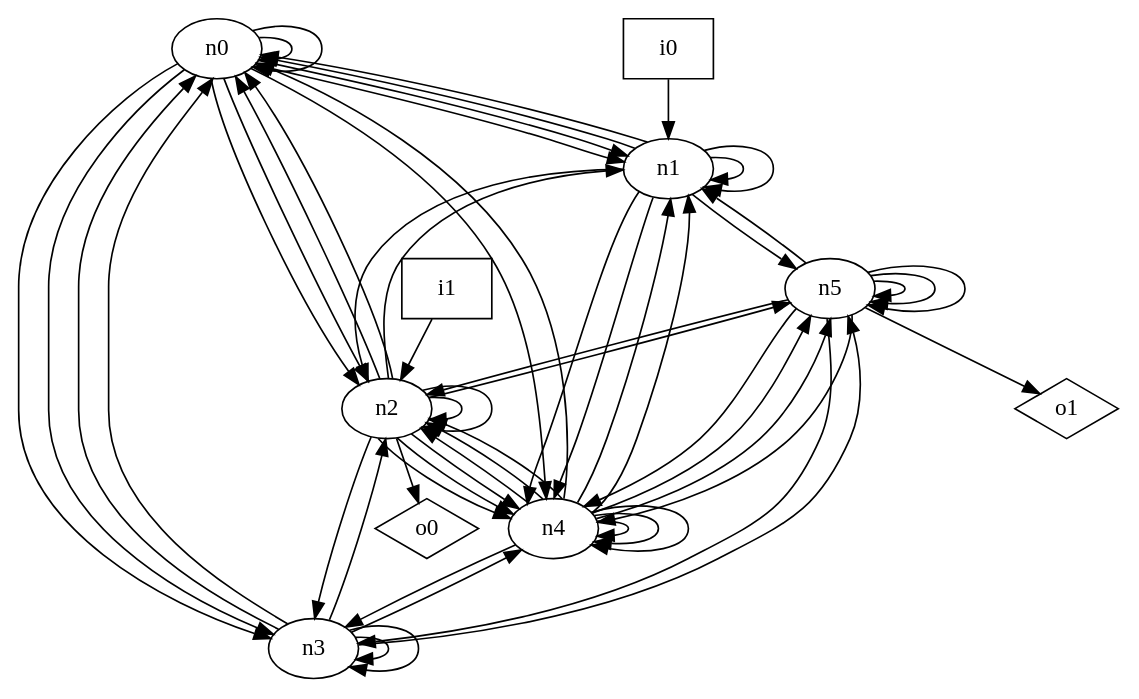
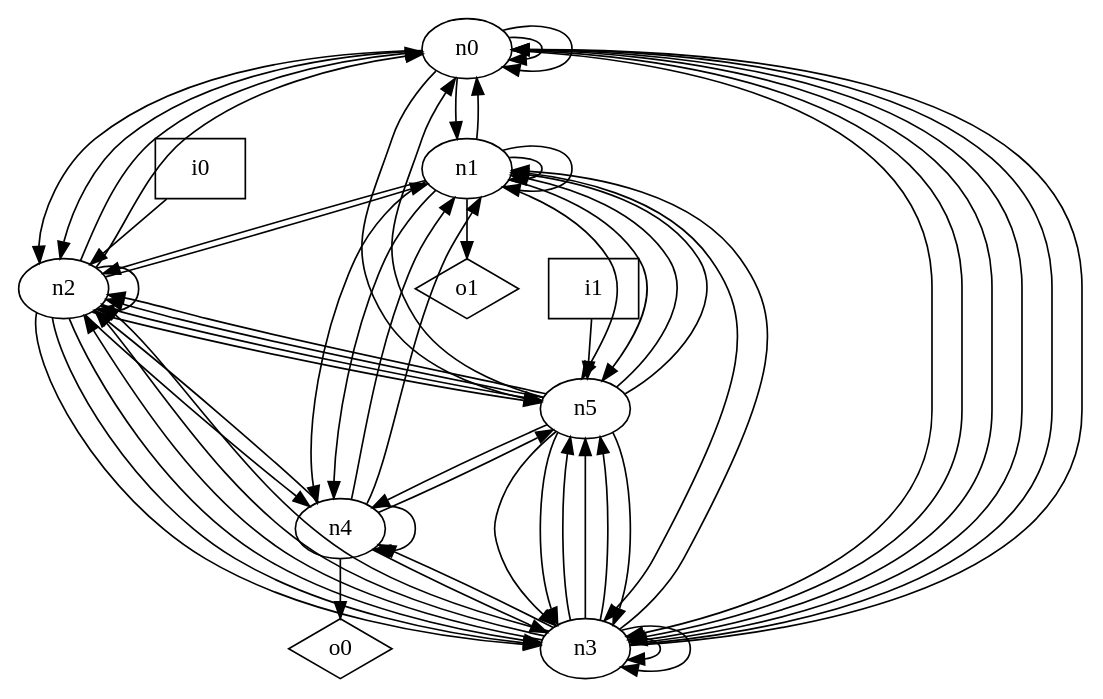
One commit to p9romain/bool-circuits changed the diagram in dot_files/random/random_undirected_graph.dot. Above: the diagram before and after it, drawn with Graphviz. The commit also changed 53 other files, not shown here.

```diff
--- a/dot_files/random/random_undirected_graph.dot
+++ b/dot_files/random/random_undirected_graph.dot
@@ -1,70 +1,72 @@
 digraph G {
 n0 [label="n0"];
 n1 [label="n1"];
 n2 [label="n2"];
 n3 [label="n3"];
 n4 [label="n4"];
 n5 [label="n5"];
 n6 [label="i0",shape="box"];
 n7 [label="i1",shape="box"];
 n8 [label="o0",shape="diamond"];
 n9 [label="o1",shape="diamond"];
 n0 -> n0
 n0 -> n0
 n0 -> n1
-n0 -> n1
 n0 -> n2
 n0 -> n2
 n0 -> n3
 n0 -> n3
-n0 -> n4
-n1 -> n0
+n0 -> n3
+n0 -> n5
 n1 -> n0
 n1 -> n1
 n1 -> n1
 n1 -> n2
+n1 -> n3
 n1 -> n4
 n1 -> n4
 n1 -> n5
+n1 -> n5
+n1 -> n9
 n2 -> n0
 n2 -> n0
 n2 -> n1
 n2 -> n2
-n2 -> n2
+n2 -> n3
+n2 -> n3
 n2 -> n3
 n2 -> n4
-n2 -> n4
-n2 -> n4
 n2 -> n5
-n2 -> n8
+n2 -> n5
 n3 -> n0
 n3 -> n0
+n3 -> n0
+n3 -> n1
+n3 -> n2
+n3 -> n2
 n3 -> n2
 n3 -> n3
 n3 -> n3
 n3 -> n4
 n3 -> n5
-n4 -> n0
+n3 -> n5
+n3 -> n5
 n4 -> n1
 n4 -> n1
 n4 -> n2
-n4 -> n2
-n4 -> n2
 n4 -> n3
 n4 -> n4
-n4 -> n4
-n4 -> n4
 n4 -> n5
-n4 -> n5
+n4 -> n8
+n5 -> n0
+n5 -> n1
 n5 -> n1
 n5 -> n2
+n5 -> n2
+n5 -> n3
+n5 -> n3
 n5 -> n3
 n5 -> n4
-n5 -> n4
-n5 -> n5
-n5 -> n5
-n5 -> n5
-n5 -> n9
-n6 -> n1
-n7 -> n2
+n6 -> n2
+n7 -> n5
 }
```
